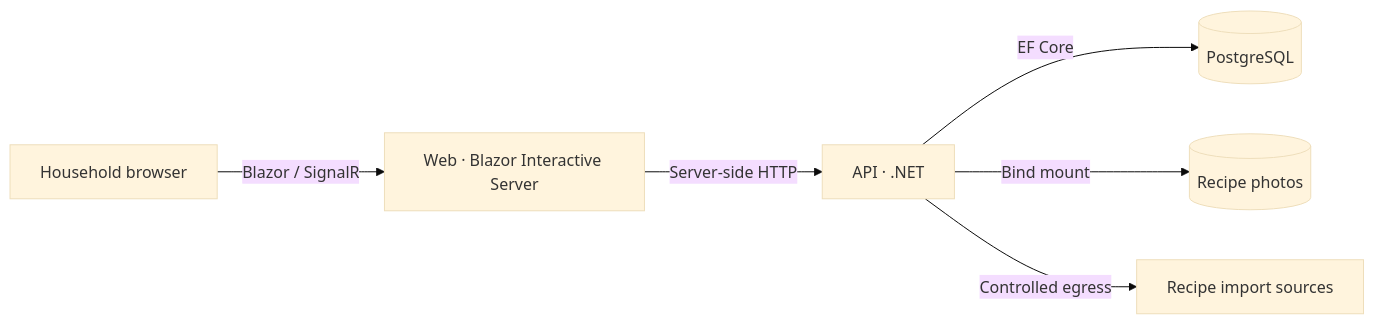
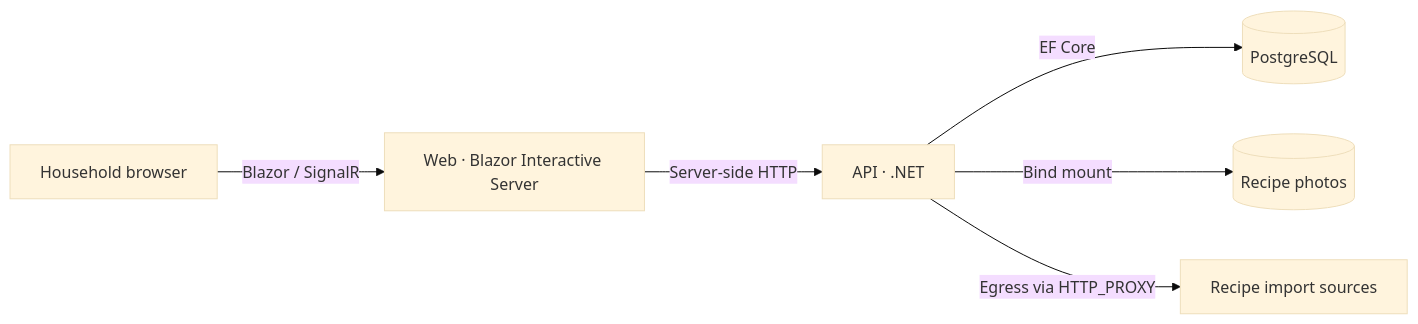
The diagram in docs/architecture/trust-boundary.md (Kyziur/WhatToCook), drawn with Mermaid (base theme) before and after one commit. The commit also changed other lines of this file and 3 other files, not shown here.

Commit message:
docs: clarify setup failures, proxy egress, and deploy checks

````diff
--- a/docs/architecture/trust-boundary.md
+++ b/docs/architecture/trust-boundary.md
@@ -5,8 +5,8 @@
 ```mermaid
 flowchart LR
   Browser["Household browser"] -->|"Blazor / SignalR"| Web["Web · Blazor Interactive Server"]
   Web -->|"Server-side HTTP"| API["API · .NET"]
   API -->|"EF Core"| DB[("PostgreSQL")]
   API -->|"Bind mount"| Photos[("Recipe photos")]
-  API -->|"Controlled egress"| Sources["Recipe import sources"]
+  API -->|"Egress via HTTP_PROXY"| Sources["Recipe import sources"]
 ```
````
